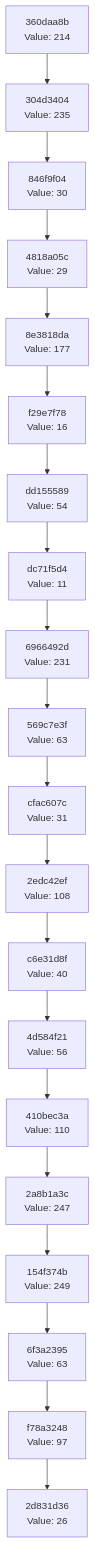
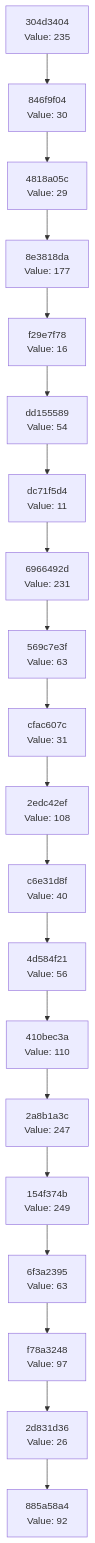
The diagram in docs/CHAIN_VISUALIZATION.md (Abhisheksinha1506/hash-chain-evolver), drawn with Mermaid before and after one commit. The commit also changed 2 other files, not shown here.

Commit message:
Evolution Step

````diff
--- a/docs/CHAIN_VISUALIZATION.md
+++ b/docs/CHAIN_VISUALIZATION.md
@@ -3,42 +3,42 @@
 ```mermaid
 graph TD
-    C0["2d831d36<br/>Value: 26"]
-    C1["f78a3248<br/>Value: 97"]
+    C0["885a58a4<br/>Value: 92"]
+    C1["2d831d36<br/>Value: 26"]
     C1 --> C0
-    C2["6f3a2395<br/>Value: 63"]
+    C2["f78a3248<br/>Value: 97"]
     C2 --> C1
-    C3["154f374b<br/>Value: 249"]
+    C3["6f3a2395<br/>Value: 63"]
     C3 --> C2
-    C4["2a8b1a3c<br/>Value: 247"]
+    C4["154f374b<br/>Value: 249"]
     C4 --> C3
-    C5["410bec3a<br/>Value: 110"]
+    C5["2a8b1a3c<br/>Value: 247"]
     C5 --> C4
-    C6["4d584f21<br/>Value: 56"]
+    C6["410bec3a<br/>Value: 110"]
     C6 --> C5
-    C7["c6e31d8f<br/>Value: 40"]
+    C7["4d584f21<br/>Value: 56"]
     C7 --> C6
-    C8["2edc42ef<br/>Value: 108"]
+    C8["c6e31d8f<br/>Value: 40"]
     C8 --> C7
-    C9["cfac607c<br/>Value: 31"]
+    C9["2edc42ef<br/>Value: 108"]
     C9 --> C8
-    C10["569c7e3f<br/>Value: 63"]
+    C10["cfac607c<br/>Value: 31"]
     C10 --> C9
-    C11["6966492d<br/>Value: 231"]
+    C11["569c7e3f<br/>Value: 63"]
     C11 --> C10
-    C12["dc71f5d4<br/>Value: 11"]
+    C12["6966492d<br/>Value: 231"]
     C12 --> C11
-    C13["dd155589<br/>Value: 54"]
+    C13["dc71f5d4<br/>Value: 11"]
     C13 --> C12
-    C14["f29e7f78<br/>Value: 16"]
+    C14["dd155589<br/>Value: 54"]
     C14 --> C13
-    C15["8e3818da<br/>Value: 177"]
+    C15["f29e7f78<br/>Value: 16"]
     C15 --> C14
-    C16["4818a05c<br/>Value: 29"]
+    C16["8e3818da<br/>Value: 177"]
     C16 --> C15
-    C17["846f9f04<br/>Value: 30"]
+    C17["4818a05c<br/>Value: 29"]
     C17 --> C16
-    C18["304d3404<br/>Value: 235"]
+    C18["846f9f04<br/>Value: 30"]
     C18 --> C17
-    C19["360daa8b<br/>Value: 214"]
+    C19["304d3404<br/>Value: 235"]
     C19 --> C18
 ```
````
